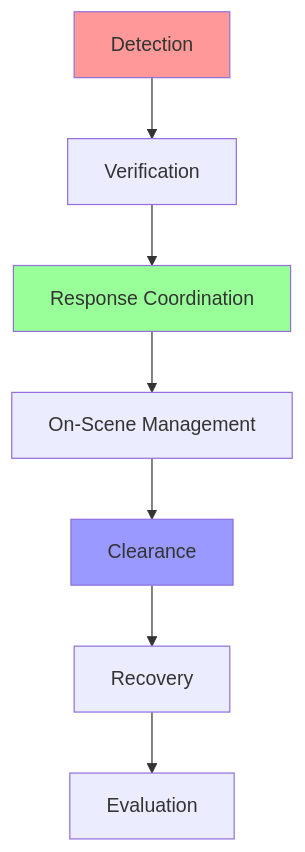
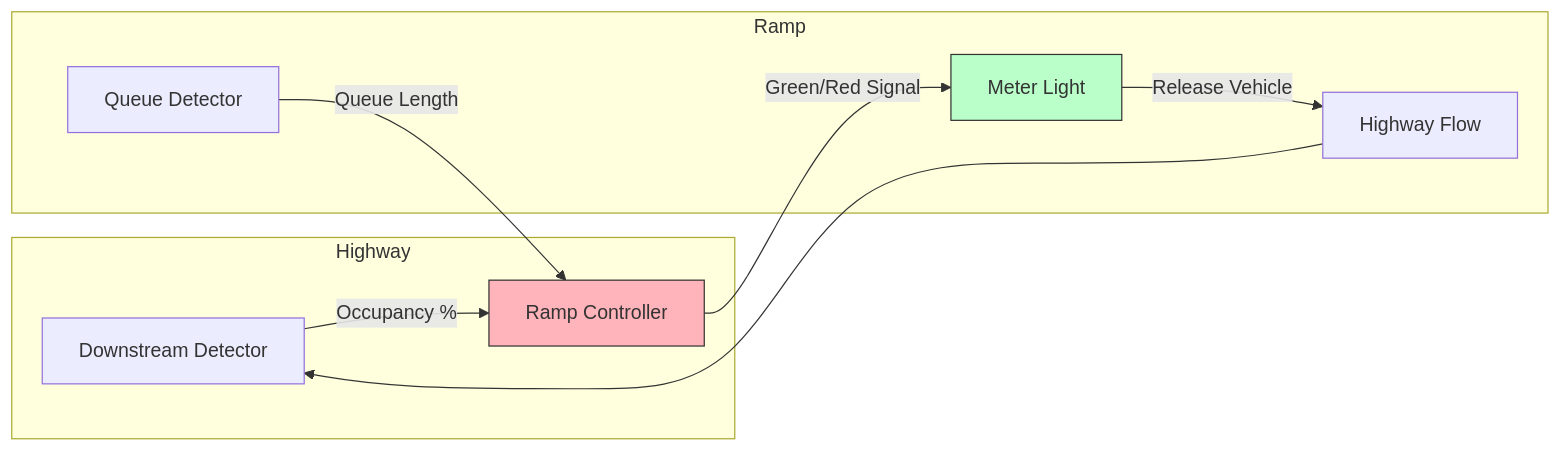
Before and after one commit to mahbubchula/ITS-Course-by-Mahbub-Hassan: the first of 2 diagrams in docs/modules/module-02-tms.md, drawn with Mermaid. The commit also changed other lines of this file and 3 other files, not shown here.

````diff
--- a/docs/modules/module-02-tms.md
+++ b/docs/modules/module-02-tms.md
@@ -43,13 +42,17 @@
 ```mermaid
-graph TD
-    A[Detection] --> B[Verification]
-    B --> C[Response Coordination]
-    C --> D[On-Scene Management]
-    D --> E[Clearance]
-    E --> F[Recovery]
-    F --> G[Evaluation]
+graph LR
+    subgraph Highway
+    D[Downstream Detector] -->|Occupancy %| C[Ramp Controller]
+    end
     
-    style A fill:#ff9999
-    style C fill:#99ff99
-    style E fill:#9999ff
+    subgraph Ramp
+    Q[Queue Detector] -->|Queue Length| C
+    C -->|Green/Red Signal| L[Meter Light]
+    L -->|Release Vehicle| H[Highway Flow]
+    end
+    
+    H --> D
+    
+    style C fill:#ffb3ba,stroke:#333
+    style L fill:#baffc9,stroke:#333
 ```
````
